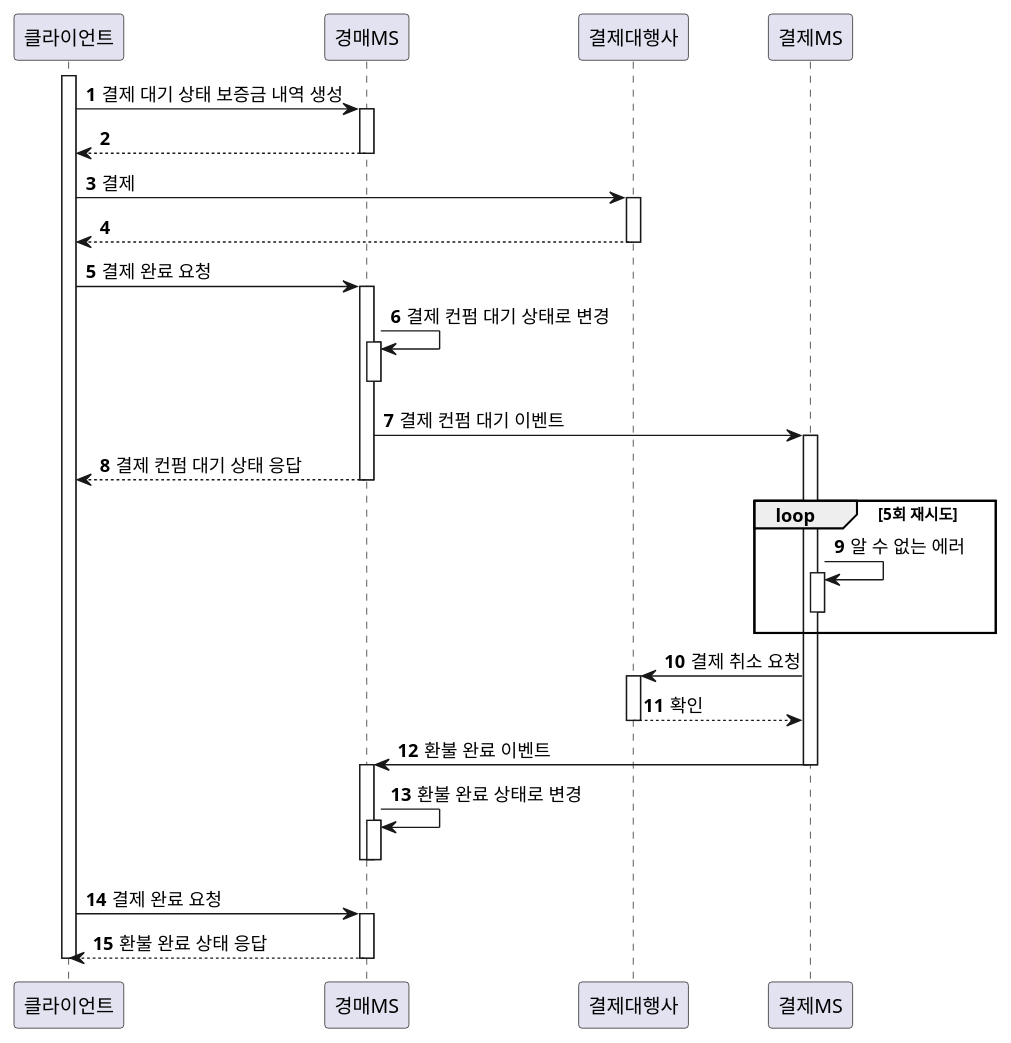
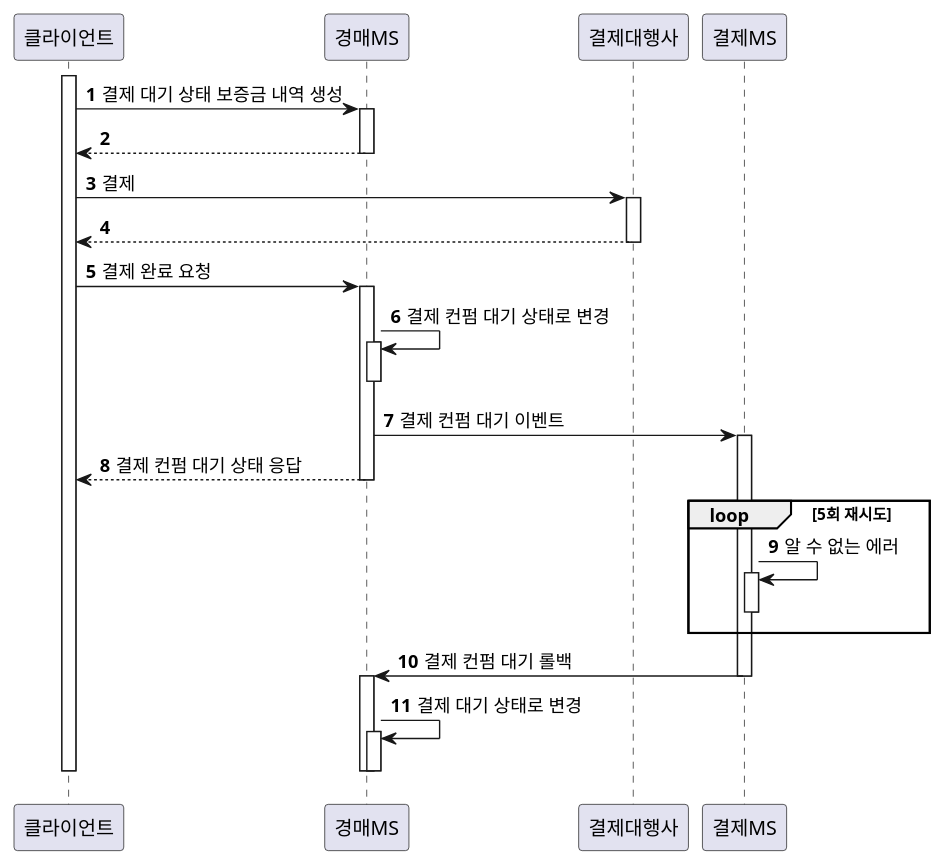
Before and after one commit to p-ser/p-ser-payment: the diagram in diagram/deposit/deposit_error_seq.puml, drawn with PlantUML. The commit also changed 4 other files, not shown here.

```diff
--- a/diagram/deposit/deposit_error_seq.puml
+++ b/diagram/deposit/deposit_error_seq.puml
@@ -1,45 +1,38 @@
 @startuml
 autonumber
 participant 클라이언트
 
 activate 클라이언트
 클라이언트 -> 경매MS: 결제 대기 상태 보증금 내역 생성
     activate 경매MS
     경매MS --> 클라이언트
     deactivate 경매MS
 클라이언트 -> 결제대행사: 결제
     activate 결제대행사
     결제대행사 --> 클라이언트
     deactivate 결제대행사
 
 클라이언트 -> 경매MS: 결제 완료 요청
     activate 경매MS
     경매MS -> 경매MS: 결제 컨펌 대기 상태로 변경
         activate 경매MS
         deactivate 경매MS
     경매MS -> 결제MS: 결제 컨펌 대기 이벤트
         activate 결제MS
     경매MS --> 클라이언트: 결제 컨펌 대기 상태 응답
     deactivate 경매MS
     loop 5회 재시도
     결제MS -> 결제MS: 알 수 없는 에러
         activate 결제MS
         deactivate 결제MS
     end
-    결제MS -> 결제대행사: 결제 취소 요청
-        activate 결제대행사
-        결제대행사 --> 결제MS: 확인
-        deactivate 결제대행사
-    결제MS -> 경매MS: 환불 완료 이벤트
+    결제MS -> 경매MS: 결제 컨펌 대기 롤백
     deactivate 결제MS
+
+    activate 경매MS
+        경매MS -> 경매MS: 결제 대기 상태로 변경
         activate 경매MS
-        경매MS -> 경매MS: 환불 완료 상태로 변경
-            activate 경매MS
-            deactivate 경매MS
         deactivate 경매MS
-클라이언트 -> 경매MS: 결제 완료 요청
-    activate 경매MS
-    경매MS --> 클라이언트: 환불 완료 상태 응답
     deactivate 경매MS
 deactivate 클라이언트
 @enduml
```
